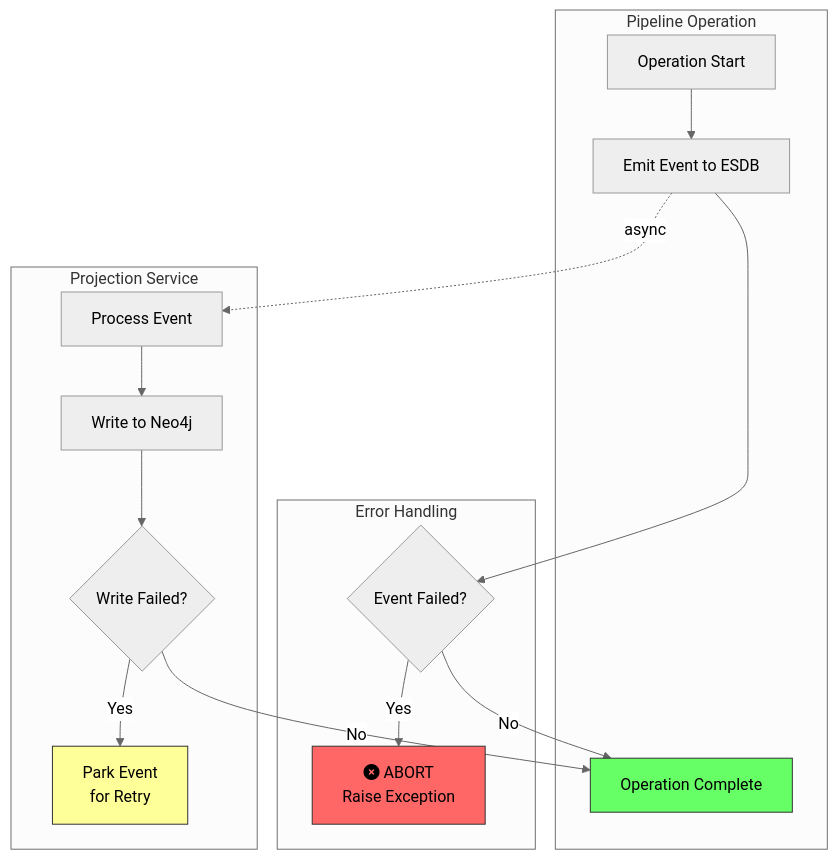
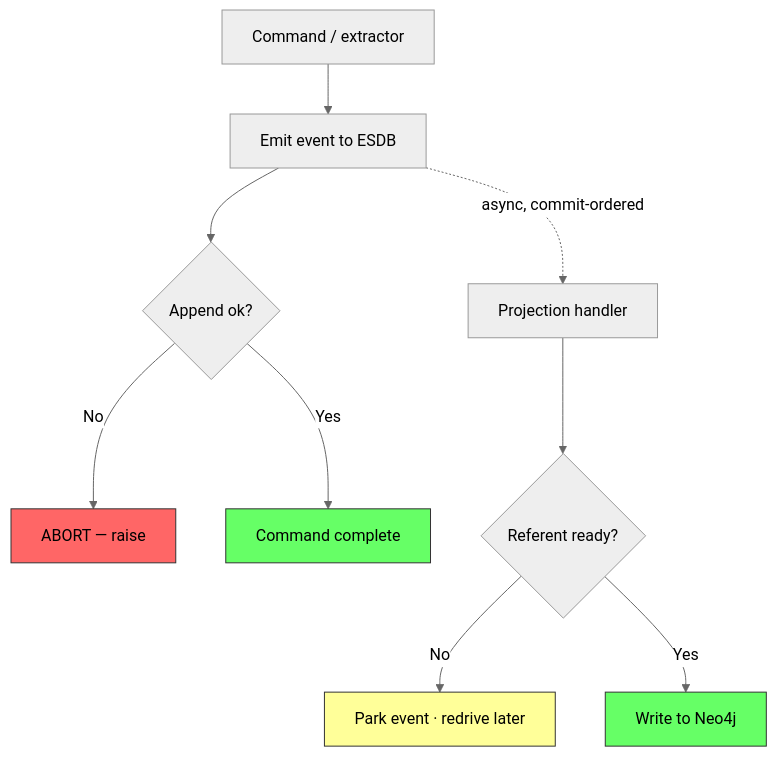
One commit to DigitalCowboyN/interview_analyzer_chaining changed the second of 2 diagrams in docs/architecture/data-flow.md. Above: the diagram before and after it, drawn with Mermaid (neutral theme). The commit also changed other lines of this file and 10 other files, not shown here.

First line of the commit message:
docs: refresh README + product/architecture docs (current through M5.1b) (#15)

````diff
--- a/docs/architecture/data-flow.md
+++ b/docs/architecture/data-flow.md
@@ -210,32 +128,17 @@
 ```mermaid
 flowchart TD
-    subgraph Pipeline["Pipeline Operation"]
-        op[Operation Start]
-        emit[Emit Event to ESDB]
-        complete[Operation Complete]
-    end
+    op[Command / extractor] --> emit[Emit event to ESDB]
+    emit --> ok{Append ok?}
+    ok -->|No| abort[ABORT — raise]
+    ok -->|Yes| done[Command complete]
 
-    subgraph Errors["Error Handling"]
-        event_fail{Event Failed?}
-        abort[fa:fa-times-circle ABORT<br/>Raise Exception]
-    end
-
-    subgraph Projection["Projection Service"]
-        proj[Process Event]
-        neo4j_write[Write to Neo4j]
-        proj_fail{Write Failed?}
-        park[Park Event<br/>for Retry]
-    end
-
-    op --> emit --> event_fail
-    event_fail -->|Yes| abort
-    event_fail -->|No| complete
-
-    emit -.->|async| proj --> neo4j_write --> proj_fail
-    proj_fail -->|Yes| park
-    proj_fail -->|No| complete
+    emit -.->|async, commit-ordered| proj[Projection handler]
+    proj --> ready{Referent ready?}
+    ready -->|No| park[Park event · redrive later]
+    ready -->|Yes| write[Write to Neo4j]
 
     style abort fill:#f66,stroke:#333
     style park fill:#ff9,stroke:#333
-    style complete fill:#6f6,stroke:#333
+    style write fill:#6f6,stroke:#333
+    style done fill:#6f6,stroke:#333
 ```
````
